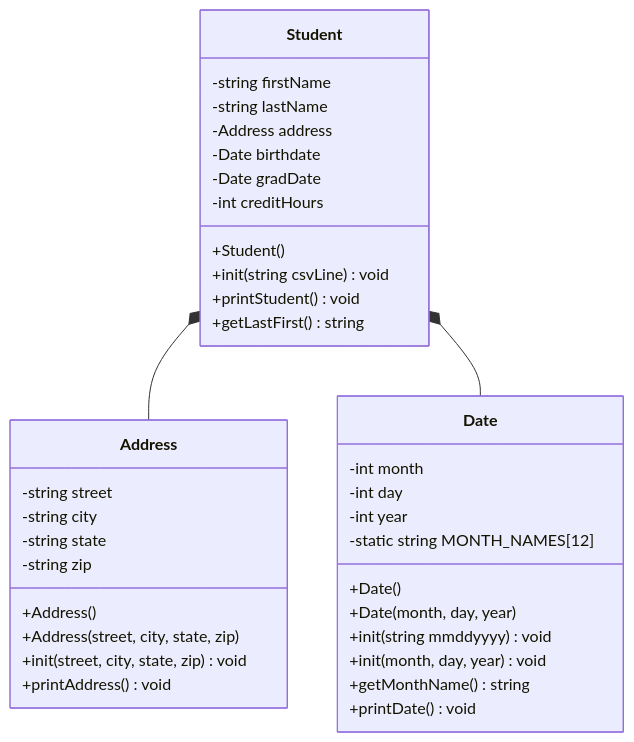
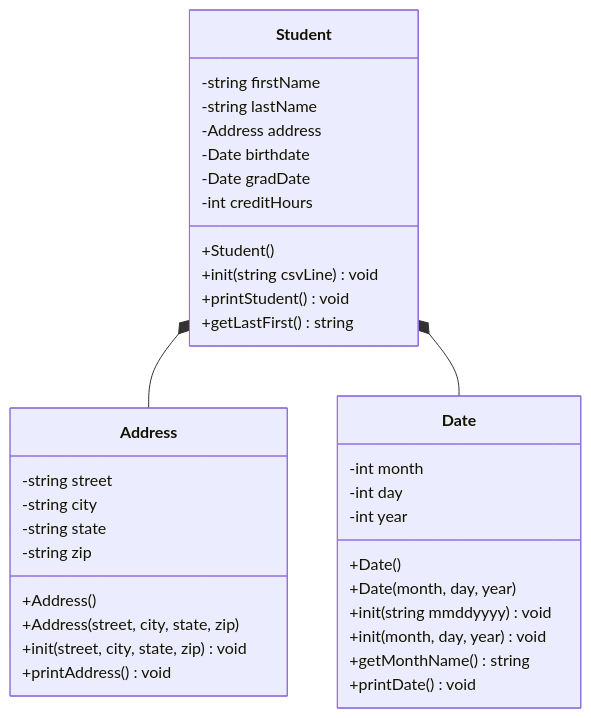
One commit to etomlinson04/Heap_of_students_pt1_project changed the diagram in README.md. Above: the diagram before and after it, drawn with Mermaid. The commit also changed other lines of this file and 8 other files, not shown here.

````diff
--- a/README.md
+++ b/README.md
@@ -5,39 +10,38 @@
 ```mermaid
 classDiagram
   class Address {
     -string street
     -string city
     -string state
     -string zip
     +Address()
     +Address(street, city, state, zip)
     +init(street, city, state, zip) void
     +printAddress() void
   }
   class Date {
     -int month
     -int day
     -int year
-    -static string MONTH_NAMES[12]
     +Date()
     +Date(month, day, year)
     +init(string mmddyyyy) void
     +init(month, day, year) void
     +getMonthName() string
     +printDate() void
   }
   class Student {
     -string firstName
     -string lastName
     -Address address
     -Date birthdate
     -Date gradDate
     -int creditHours
     +Student()
     +init(string csvLine) void
     +printStudent() void
     +getLastFirst() string
   }
-  Student *--  Address : 
-  Student *--  Date : 
+  Student *-- Address
+  Student *-- Date 
 ```
````
